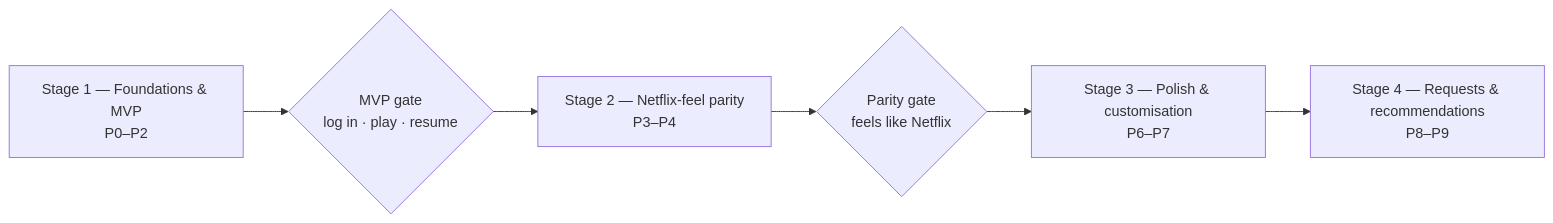
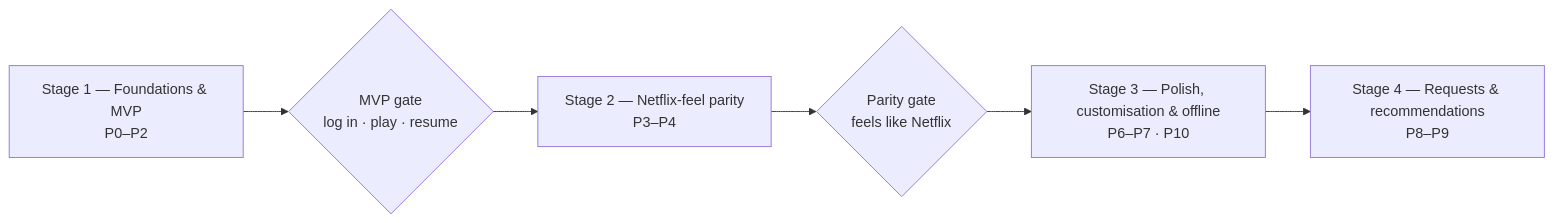
Before and after one commit to VibeyFin/VibeyFin: the first of 2 diagrams in docs/ROADMAP.md, drawn with Mermaid. The commit also changed other lines of this file, not shown here.

Commit message:
task: fold the idea lists into the roadmap

````diff
--- a/docs/ROADMAP.md
+++ b/docs/ROADMAP.md
@@ -40,6 +40,6 @@
 ```mermaid
 flowchart LR
   A["Stage 1 — Foundations & MVP<br/>P0–P2"] --> G1{"MVP gate<br/>log in · play · resume"}
   G1 --> B["Stage 2 — Netflix-feel parity<br/>P3–P4"] --> G2{"Parity gate<br/>feels like Netflix"}
-  G2 --> C["Stage 3 — Polish & customisation<br/>P6–P7"] --> D["Stage 4 — Requests & recommendations<br/>P8–P9"]
+  G2 --> C["Stage 3 — Polish, customisation & offline<br/>P6–P7 · P10"] --> D["Stage 4 — Requests & recommendations<br/>P8–P9"]
 ```
````
